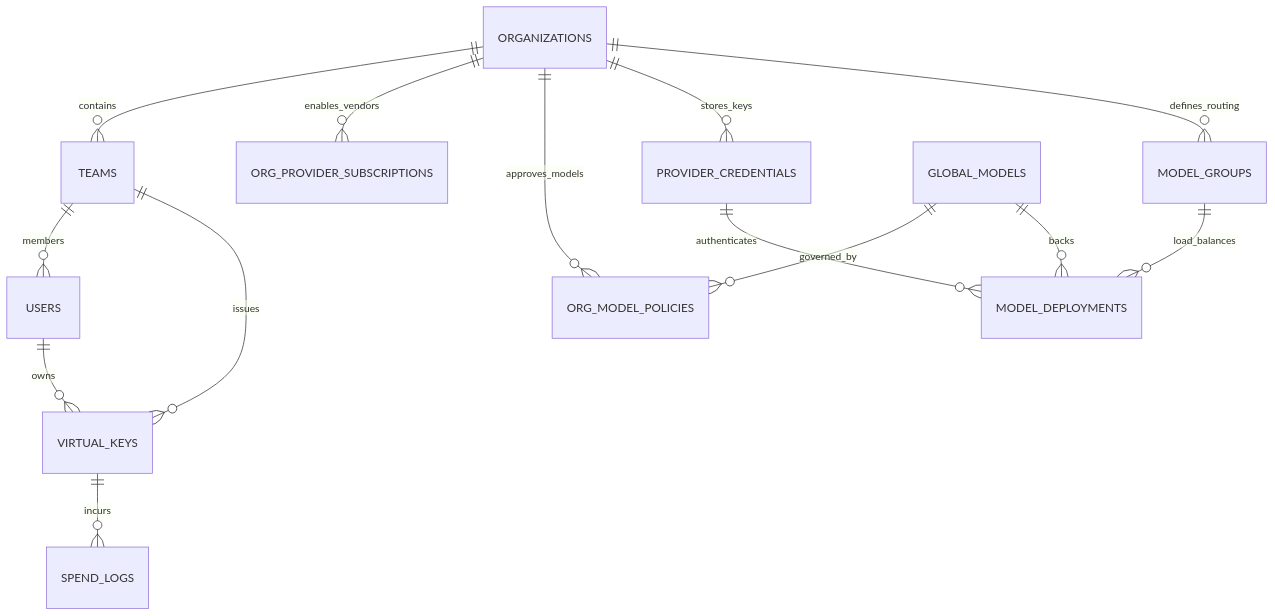
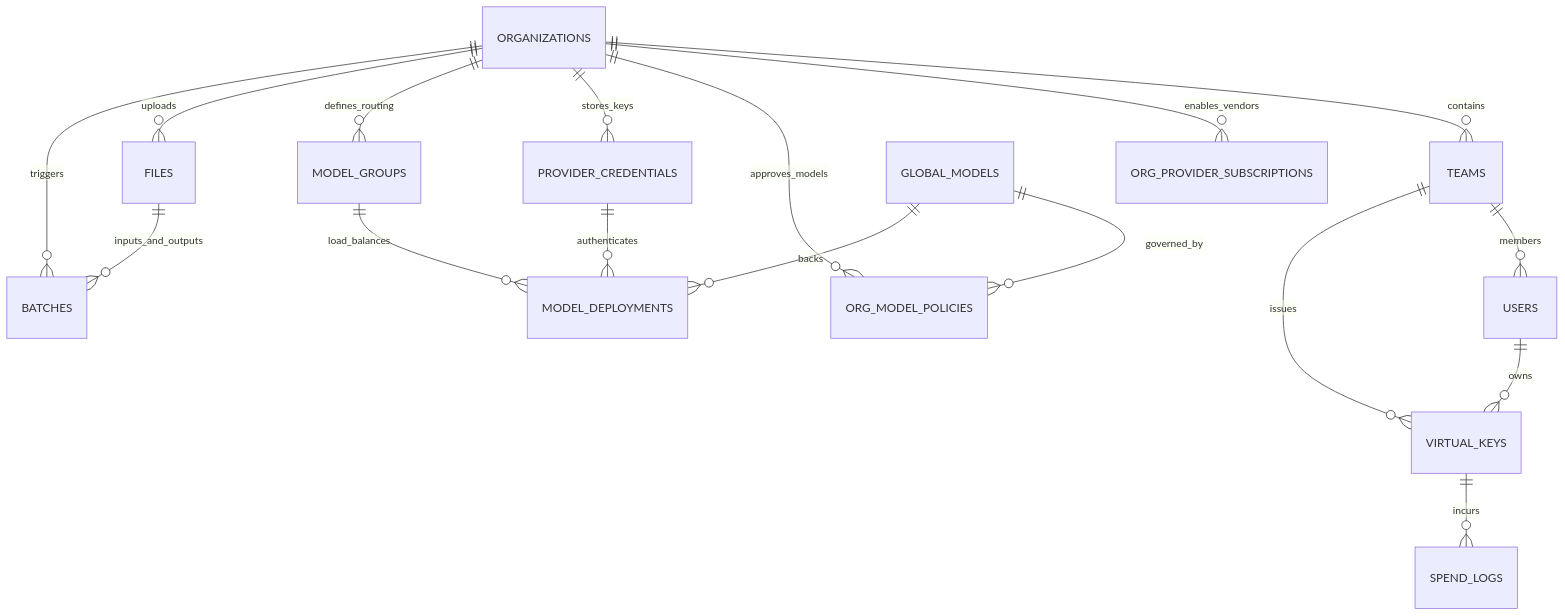
One commit to goroute-ai/ai-gateway-go changed the fourth of 6 diagrams in docs/ARCHITECTURE.md. Above: the diagram before and after it, drawn with Mermaid. The commit also changed other lines of this file and 4 other files, not shown here.

````diff
--- a/docs/ARCHITECTURE.md
+++ b/docs/ARCHITECTURE.md
@@ -470,16 +470,19 @@
 ```mermaid
 erDiagram
     ORGANIZATIONS ||--o{ TEAMS : contains
     ORGANIZATIONS ||--o{ ORG_PROVIDER_SUBSCRIPTIONS : enables_vendors
     ORGANIZATIONS ||--o{ ORG_MODEL_POLICIES : approves_models
     ORGANIZATIONS ||--o{ PROVIDER_CREDENTIALS : stores_keys
     ORGANIZATIONS ||--o{ MODEL_GROUPS : defines_routing
+    ORGANIZATIONS ||--o{ FILES : uploads
+    ORGANIZATIONS ||--o{ BATCHES : triggers
+    FILES ||--o{ BATCHES : inputs_and_outputs
     TEAMS ||--o{ USERS : members
     TEAMS ||--o{ VIRTUAL_KEYS : issues
     USERS ||--o{ VIRTUAL_KEYS : owns
     GLOBAL_MODELS ||--o{ ORG_MODEL_POLICIES : governed_by
     GLOBAL_MODELS ||--o{ MODEL_DEPLOYMENTS : backs
     PROVIDER_CREDENTIALS ||--o{ MODEL_DEPLOYMENTS : authenticates
     MODEL_GROUPS ||--o{ MODEL_DEPLOYMENTS : load_balances
     VIRTUAL_KEYS ||--o{ SPEND_LOGS : incurs
 ```
````
